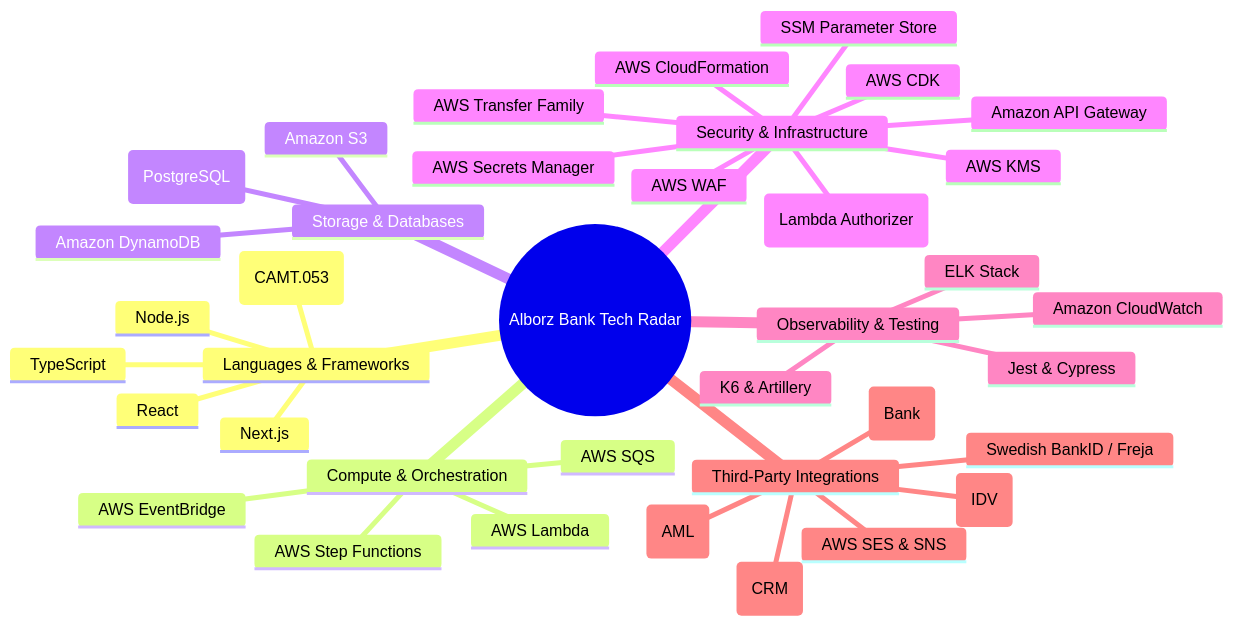
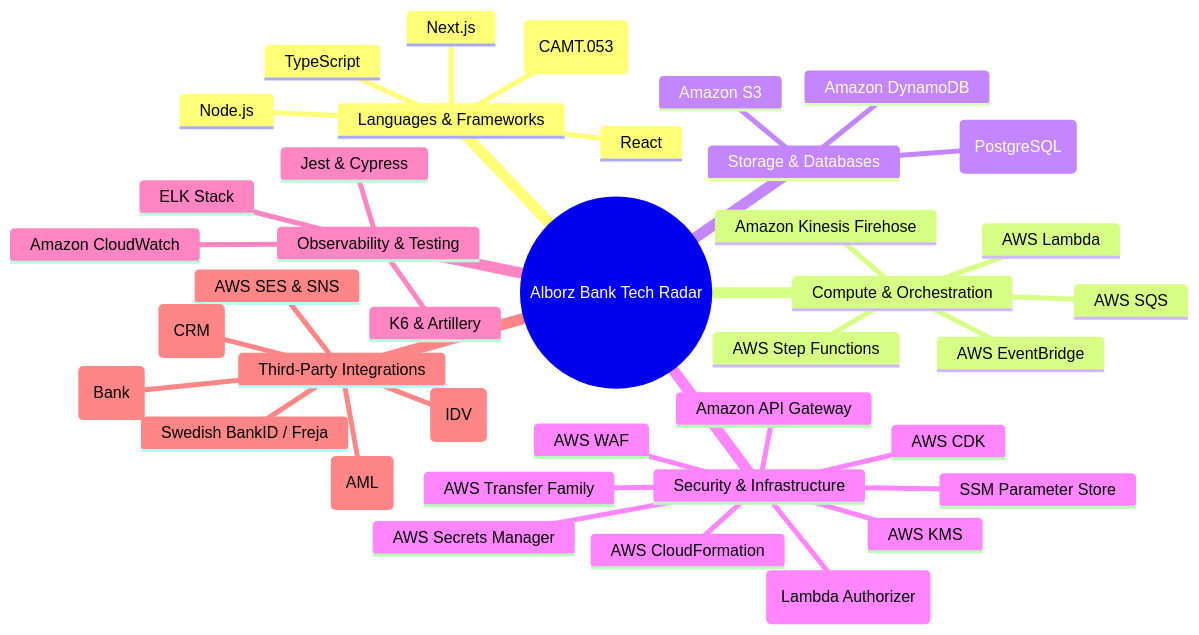
The diagram in 02-requirements/10-tech-radar.md (saeed-vayghan/Assignment-Fintech-Saving-Account-Private), drawn with Mermaid before and after one commit. The commit also changed other lines of this file and 36 other files, not shown here.

````diff
--- a/02-requirements/10-tech-radar.md
+++ b/02-requirements/10-tech-radar.md
@@ -11,41 +11,42 @@
 ```mermaid
 mindmap
   root((Alborz Bank Tech Radar))
     Languages & Frameworks
       Node.js
       TypeScript
       React
       Next.js
       XML (CAMT.053)
     Compute & Orchestration
       AWS Lambda
       AWS Step Functions
       AWS EventBridge
       AWS SQS
+      Amazon Kinesis Firehose
     Storage & Databases
       Amazon DynamoDB
       Amazon Aurora (PostgreSQL)
       Amazon S3
     Security & Infrastructure
       AWS CDK
       AWS CloudFormation
       AWS KMS
       AWS Secrets Manager
       SSM Parameter Store
       Amazon API Gateway
       Auth-Service (Lambda Authorizer)
       AWS WAF
       AWS Transfer Family
     Observability & Testing
       Amazon CloudWatch
       ELK Stack
       Jest & Cypress
       K6 & Artillery
     Third-Party Integrations
       Swedish BankID / Freja
       Onfido / Signicat (IDV)
       Plaid / Tink (Bank)
       ComplyAdvantage (AML)
       AWS SES & SNS
       Zendesk (CRM)
 ```
````
